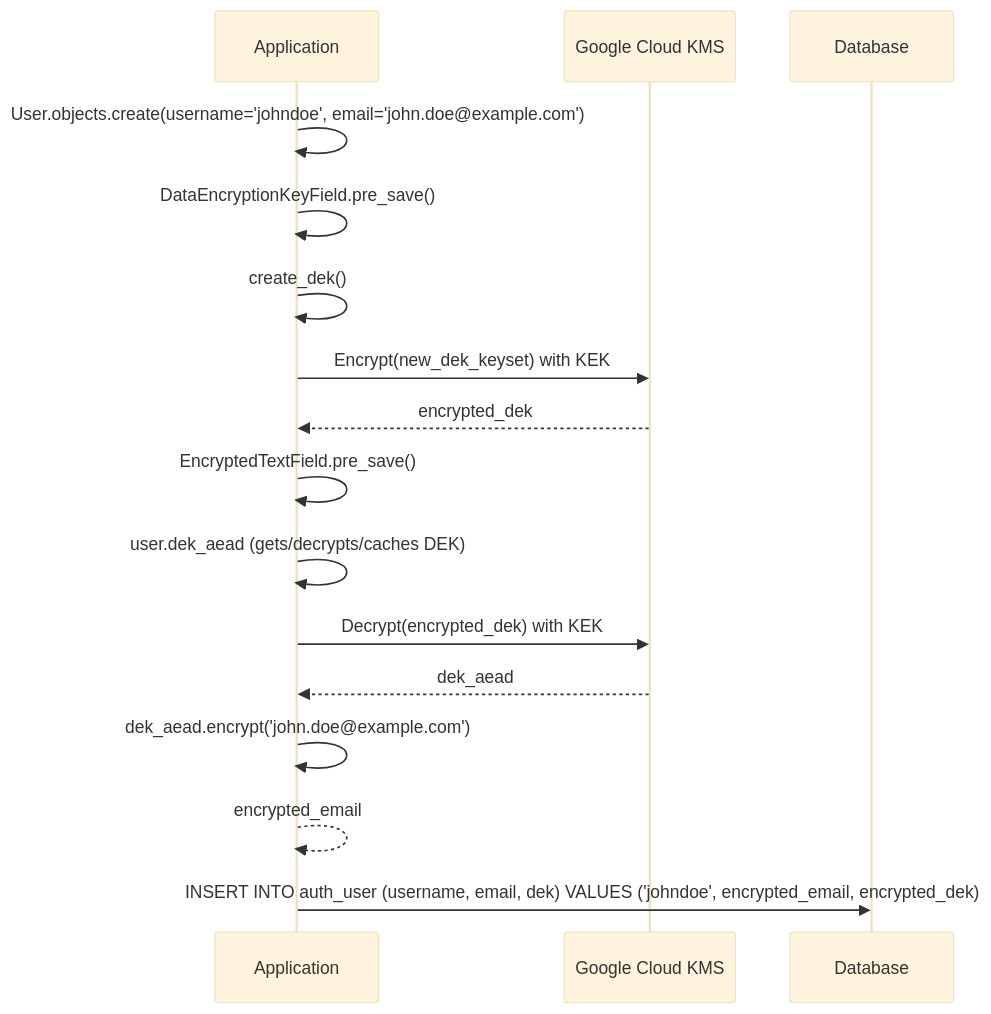
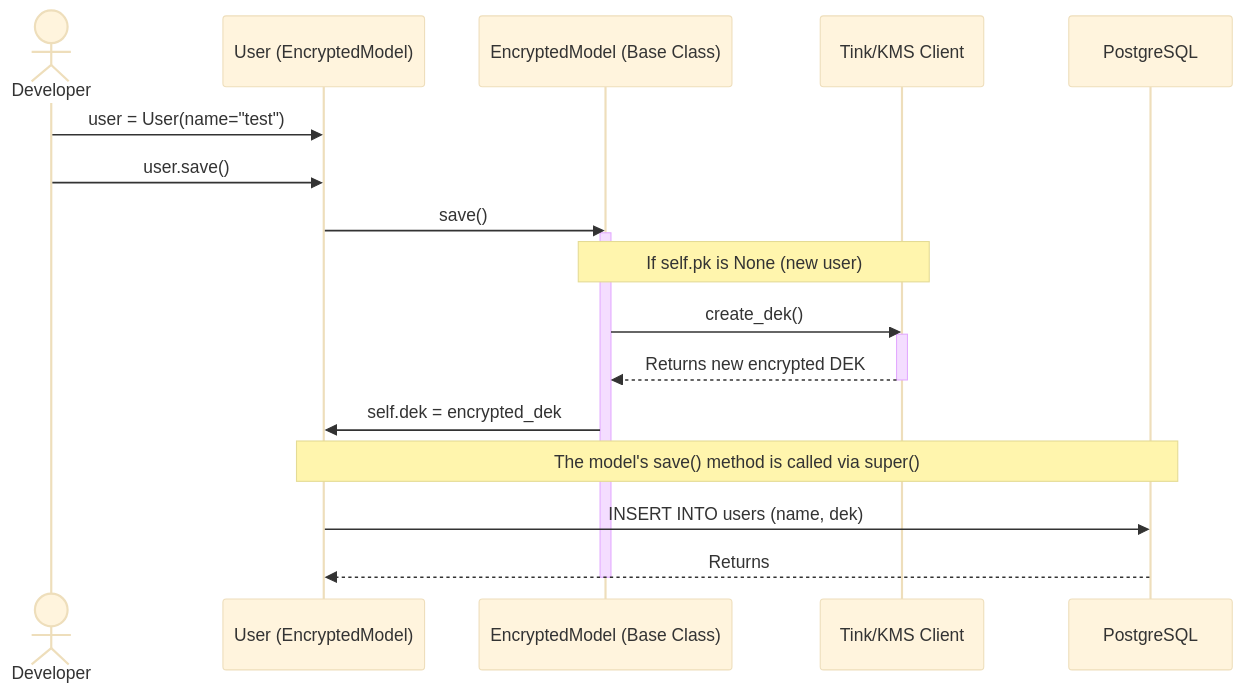
Before and after one commit to ocadotechnology/codeforlife-package-python: the first of 4 diagrams in docs/client-side-encryption.md, drawn with Mermaid (base theme). The commit also changed other lines of this file and 4 other files, not shown here.

````diff
--- a/docs/client-side-encryption.md
+++ b/docs/client-side-encryption.md
@@ -164,19 +168,25 @@
 ```mermaid
 sequenceDiagram
-    participant App as Application
-    participant KMS as Google Cloud KMS
-    participant DB as Database
+    actor Developer
+    participant User as User (EncryptedModel)
+    participant EncryptedModel as EncryptedModel (Base Class)
+    participant GcpKmsClient as Tink/KMS Client
+    participant PostgreSQL
 
-    App->>App: User.objects.create(username='johndoe', email='john.doe@example.com')
-    App->>App: DataEncryptionKeyField.pre_save()
-    App->>App: create_dek()
-    App->>KMS: Encrypt(new_dek_keyset) with KEK
-    KMS-->>App: encrypted_dek
-    App->>App: EncryptedTextField.pre_save()
-    App->>App: user.dek_aead (gets/decrypts/caches DEK)
-    App->>KMS: Decrypt(encrypted_dek) with KEK
-    KMS-->>App: dek_aead
-    App->>App: dek_aead.encrypt('john.doe@example.com')
-    App-->>App: encrypted_email
-    App->>DB: INSERT INTO auth_user (username, email, dek) VALUES ('johndoe', encrypted_email, encrypted_dek)
+    Developer->>User: user = User(name="test")
+    Developer->>User: user.save()
+    User->>EncryptedModel: save()
+    activate EncryptedModel
+
+    Note over EncryptedModel, GcpKmsClient: If self.pk is None (new user)
+    EncryptedModel->>GcpKmsClient: create_dek()
+    activate GcpKmsClient
+    GcpKmsClient-->>EncryptedModel: Returns new encrypted DEK
+    deactivate GcpKmsClient
+
+    EncryptedModel->>User: self.dek = encrypted_dek
+    Note over User, PostgreSQL: The model's save() method is called via super()
+    User->>PostgreSQL: INSERT INTO users (name, dek)
+    PostgreSQL-->>User: Returns
+    deactivate EncryptedModel
 ```
````
